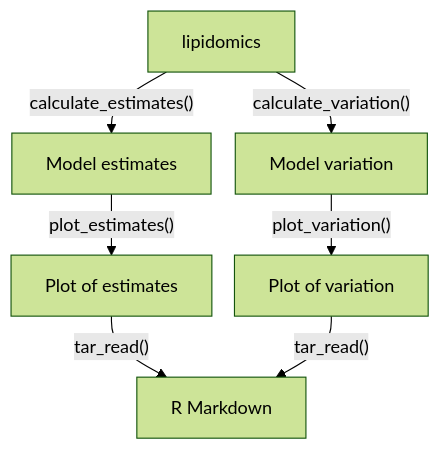
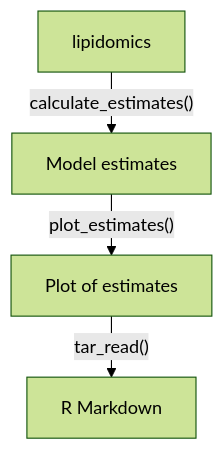
Before and after one commit to rostools/r-cubed-advanced: the third of 4 diagrams in sessions/stats-analyses-basic.qmd, drawn with Mermaid. The commit also changed other lines of this file, not shown here.

````diff
--- a/sessions/stats-analyses-basic.qmd
+++ b/sessions/stats-analyses-basic.qmd
@@ -267,15 +247,13 @@
 ```{mermaid fig-model-possible-targets}
 %%| label: fig-model-possible-targets
 %%| fig-cap: Potential inputs, outputs, and functions for the targets pipeline.
 %%| echo: false
 %%| eval: true
 %%{init:{'theme':'forest', 'flowchart':{'nodeSpacing': 20, 'rankSpacing': 30}}}%%
 graph TB
     lipidomics -- "calculate_estimates()" --> model_est[Model estimates]
     model_est -- "plot_estimates()" --> plot_est[Plot of estimates]
-    lipidomics -- "calculate_variation()" --> model_var[Model variation]
-    model_var -- "plot_variation()" --> plot_var[Plot of variation]
-    plot_est & plot_var -- "tar_read()" --> rmd[R Markdown]
+    plot_est -- "tar_read()" --> rmd[R Markdown]
     
-linkStyle 0,1,2,3,4,5 stroke-width:1px;
+linkStyle 0,1,2 stroke-width:1px;
 ```
````
